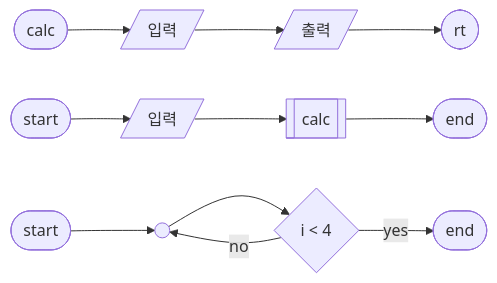
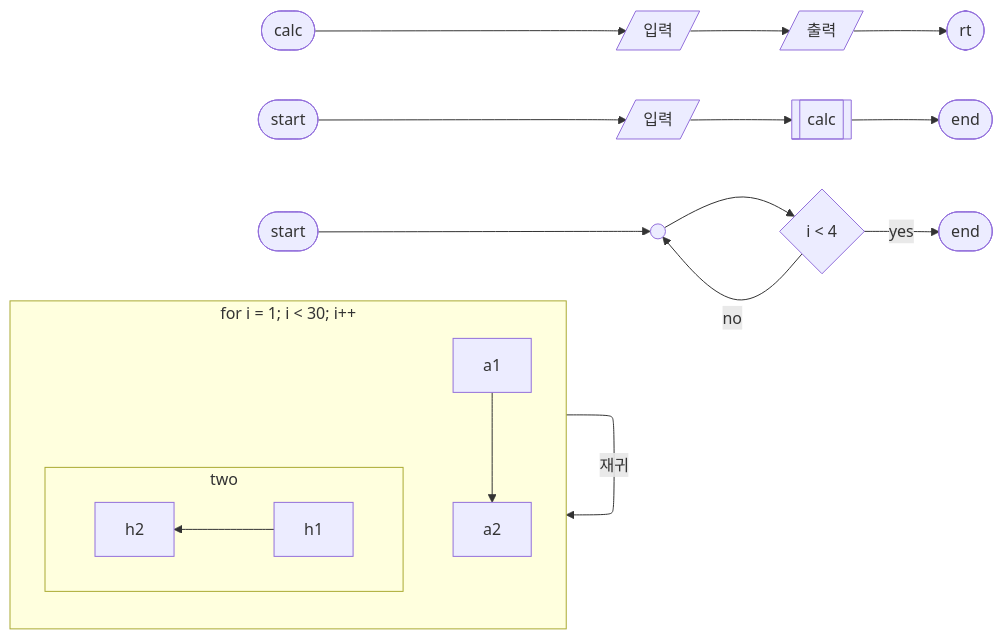
The second of 2 diagrams in README.md (JYSabcd/Project01), drawn with Mermaid before and after one commit.

Commit message:
mermaid test 추가

````diff
--- a/README.md
+++ b/README.md
@@ -14,17 +14,26 @@
 ```mermaid
 flowchart LR
     calc([calc])
     calc --> inp[/입력/]
     inp --> out[/출력/]
     out --> rt([rt])
 
     start([start]) --> inp1[/입력/]
     inp1 --> fun1[[calc]] 
     %% 네모 겹친 것은 함수 호출 %%
     fun1 --> end1([end])
 
     start1([start]) --> blank((" "))
     blank --> cond{i < 4}
     cond -->|no| blank
     cond -->|yes| end2([end])
+    one -->|재귀|one
+    subgraph one["for i = 1; i < 30; i++"]
+        direction TB
+        subgraph two
+            direction RL
+            h1 --> h2
+        end
+        a1-->a2
+    end
 ```
````
